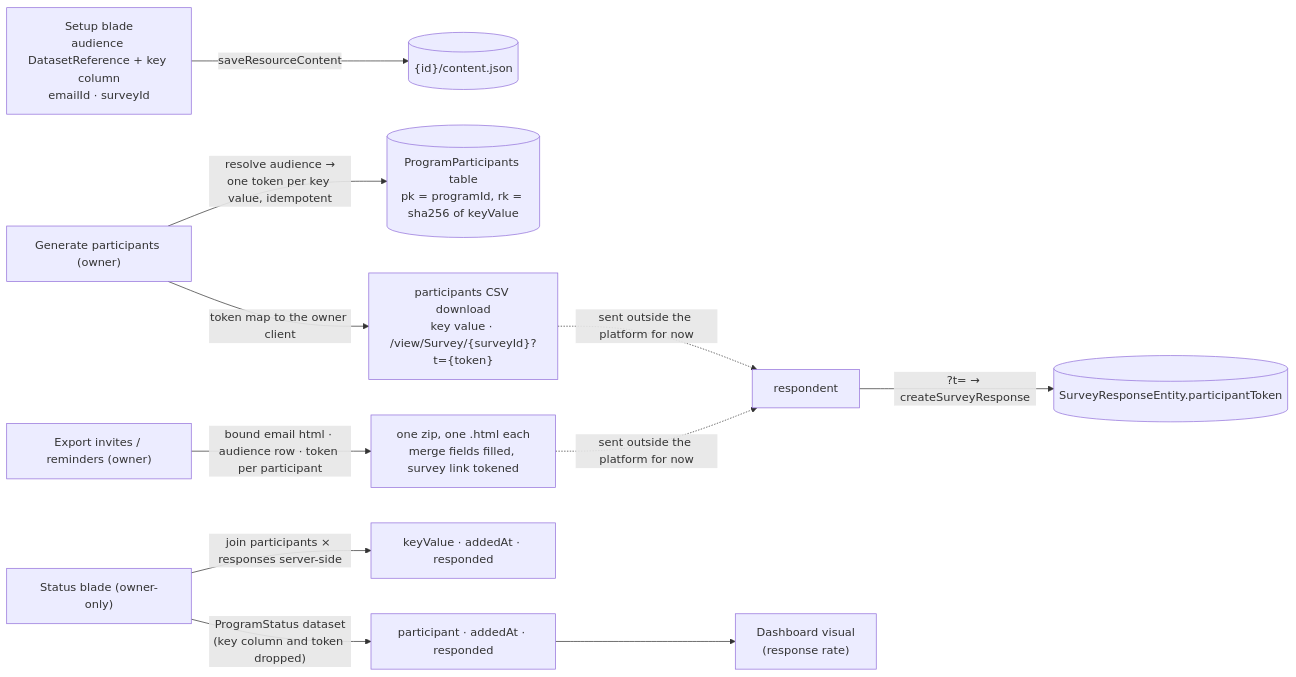
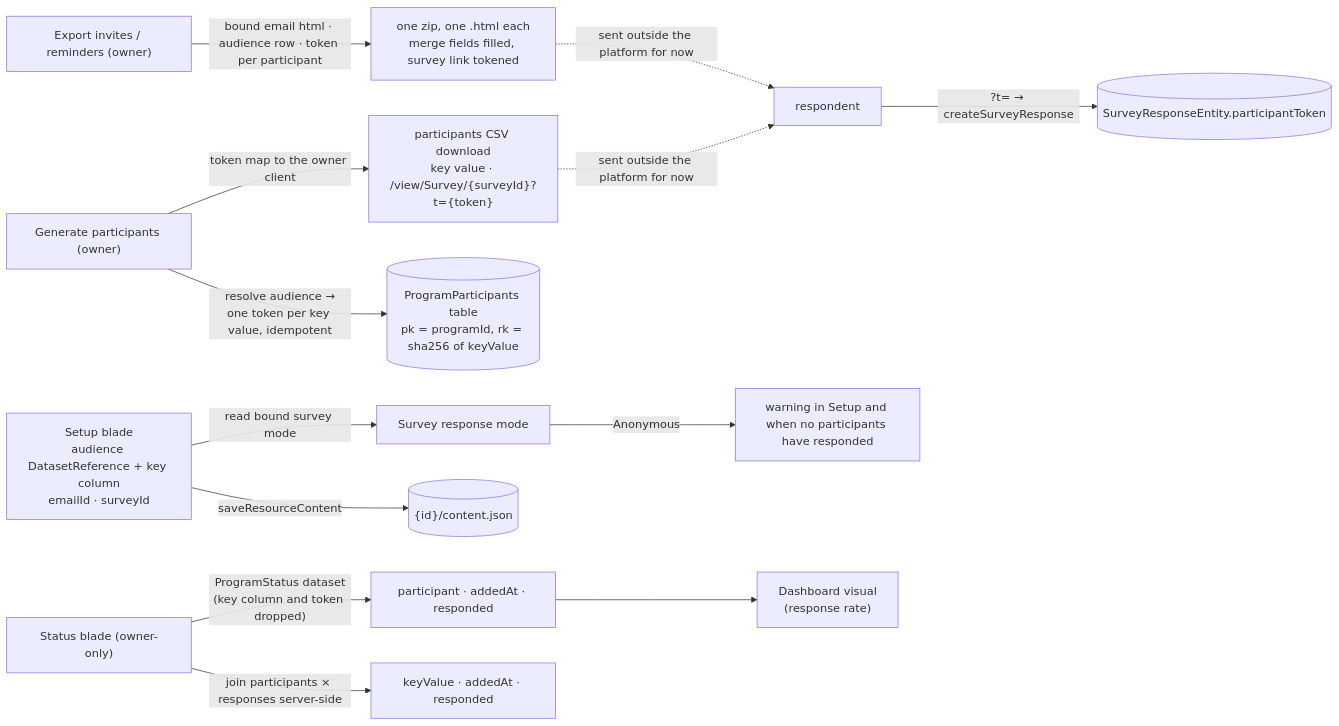
The diagram in apps/web/content/docs/resource/program-resource.md (Esposter/Esposter), drawn with Mermaid before and after one commit. The commit also changed other lines of this file and 8 other files, not shown here.

````diff
--- a/apps/web/content/docs/resource/program-resource.md
+++ b/apps/web/content/docs/resource/program-resource.md
@@ -14,13 +14,15 @@
 ```mermaid
 flowchart LR
   SETUP["Setup blade<br/>audience DatasetReference + key column<br/>emailId · surveyId"] -->|saveResourceContent| BLOB[("{id}/content.json")]
   GEN["Generate participants (owner)"] -->|"resolve audience →<br/>one token per key value, idempotent"| INV[("ProgramParticipants table<br/>pk = programId, rk = sha256 of keyValue")]
   GEN -->|"token map to the owner client"| EXPORT["participants CSV download<br/>key value · /view/Survey/{surveyId}?t={token}"]
   INVITE["Export invites / reminders (owner)"] -->|"bound email html · audience row · token per participant"| ZIP["one zip, one .html each<br/>merge fields filled, survey link tokened"]
   EXPORT -.->|"sent outside the platform for now"| RESP["respondent"]
   ZIP -.->|"sent outside the platform for now"| RESP
   RESP -->|"?t= → createSurveyResponse"| SR[("SurveyResponseEntity.participantToken")]
   STATUS["Status blade (owner-only)"] -->|"join participants × responses server-side"| FUNNEL["keyValue · addedAt · responded"]
+  SETUP -->|"read bound survey mode"| MODE["Survey response mode"]
+  MODE -->|"Anonymous"| WARNING["warning in Setup and when no participants have responded"]
   STATUS -->|"ProgramStatus dataset<br/>(key column and token dropped)"| PUBSAFE["participant · addedAt · responded"]
   PUBSAFE --> DASH["Dashboard visual<br/>(response rate)"]
 ```
````
